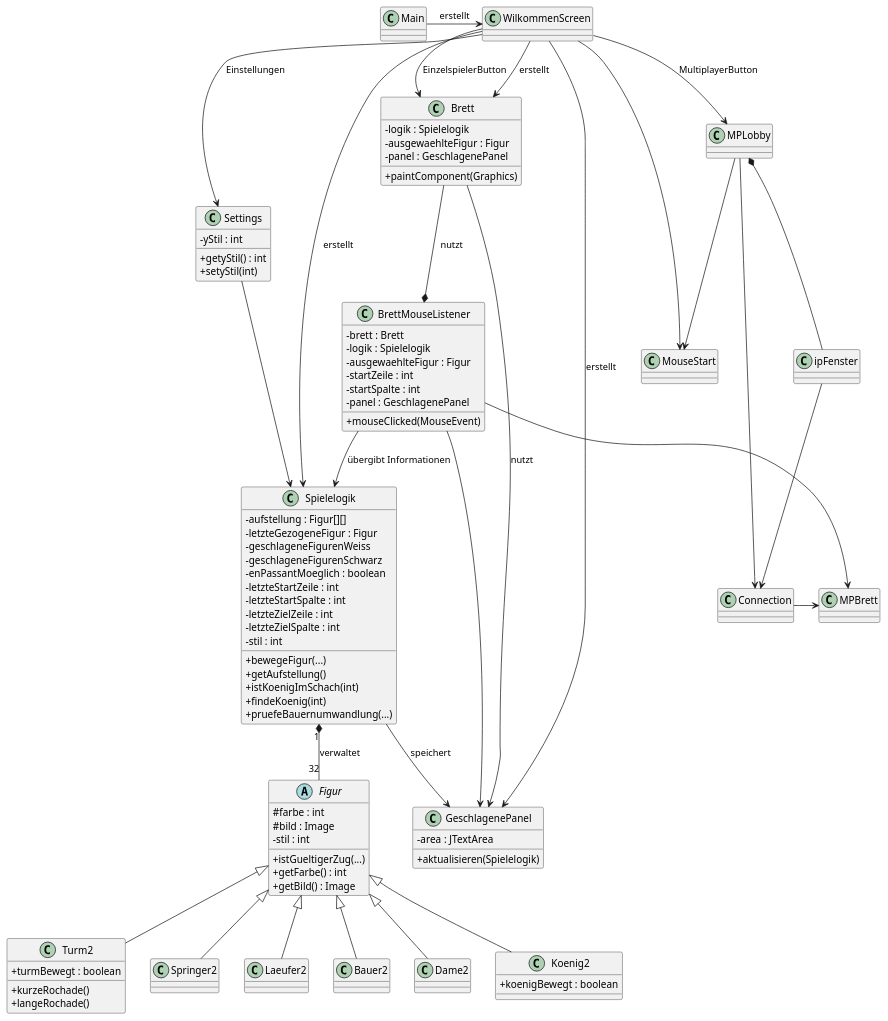
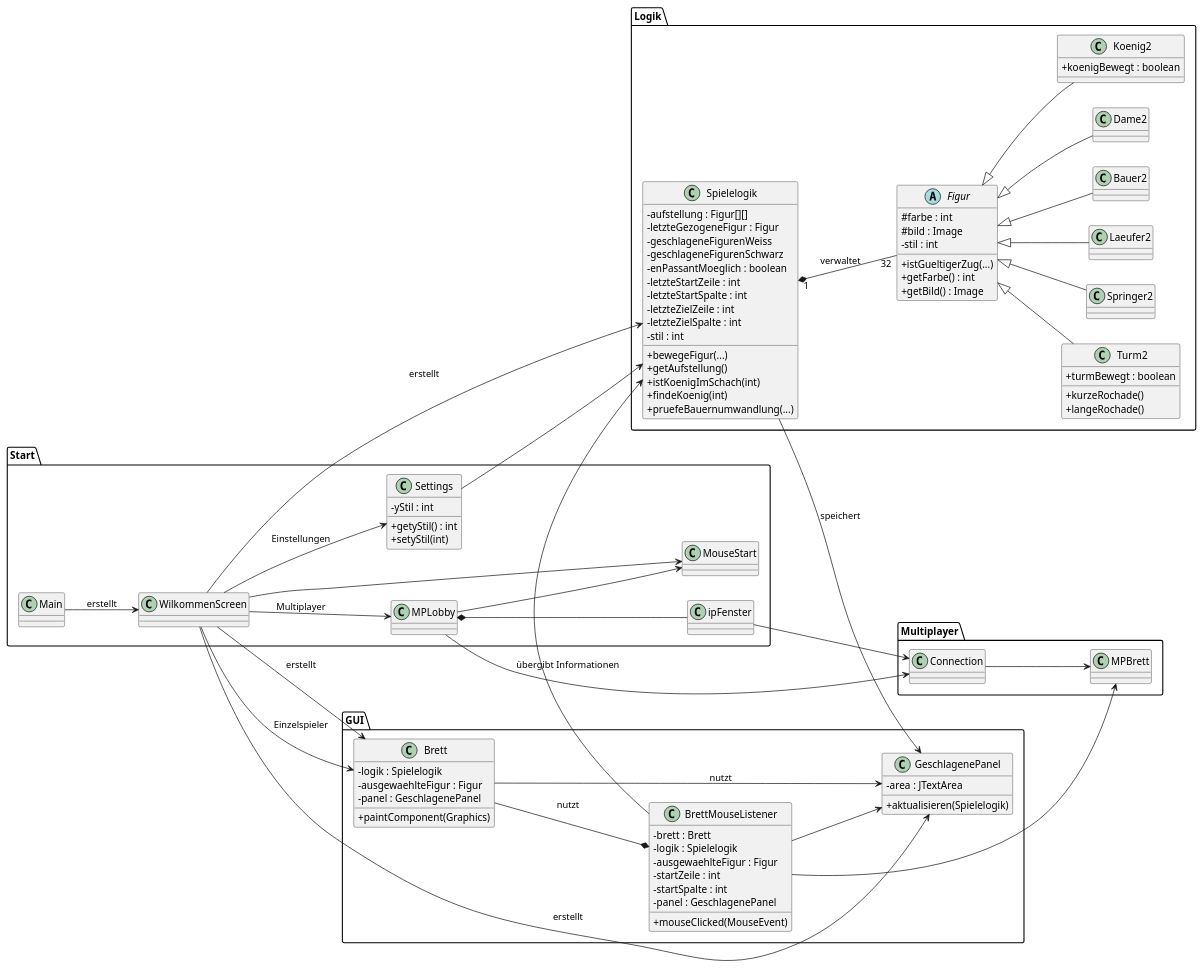
One commit to MisterB009/SuperSchach.iml changed the diagram in src/Dokumente/Schach.puml. Above: the diagram before and after it, drawn with PlantUML. The commit also changed 9 other files, not shown here.

```diff
--- a/src/Dokumente/Schach.puml
+++ b/src/Dokumente/Schach.puml
@@ -1,152 +1,152 @@
 @startuml
 skinparam classAttributeIconSize 0
+left to right direction
 
-' =========================
-' Model
-' =========================
+package "Logik" {
 
-abstract class Figur {
-    # farbe : int
-    # bild : Image
-    - stil : int
-    + istGueltigerZug(...)
-    + getFarbe() : int
-    + getBild() : Image
+    abstract class Figur {
+        # farbe : int
+        # bild : Image
+        - stil : int
+        + istGueltigerZug(...)
+        + getFarbe() : int
+        + getBild() : Image
+    }
+
+    class Spielelogik {
+        - aufstellung : Figur[][]
+        - letzteGezogeneFigur : Figur
+        - geschlageneFigurenWeiss
+        - geschlageneFigurenSchwarz
+        - enPassantMoeglich : boolean
+        - letzteStartZeile : int
+        - letzteStartSpalte : int
+        - letzteZielZeile : int
+        - letzteZielSpalte : int
+        - stil : int
+
+        + bewegeFigur(...)
+        + getAufstellung()
+        + istKoenigImSchach(int)
+        + findeKoenig(int)
+        + pruefeBauernumwandlung(...)
+    }
+
+    class Turm2 {
+        + turmBewegt : boolean
+        + kurzeRochade()
+        + langeRochade()
+    }
+
+    class Springer2
+    class Laeufer2
+    class Bauer2
+    class Dame2
+
+    class Koenig2 {
+        + koenigBewegt : boolean
+    }
 }
 
-class Spielelogik {
-    - aufstellung : Figur[][]
-    - letzteGezogeneFigur : Figur
-    - geschlageneFigurenWeiss
-    - geschlageneFigurenSchwarz
-    - enPassantMoeglich : boolean
-    - letzteStartZeile : int
-    - letzteStartSpalte : int
-    - letzteZielZeile : int
-    - letzteZielSpalte : int
-    - stil : int
+package "GUI" {
 
-    + bewegeFigur(...)
-    + getAufstellung()
-    + istKoenigImSchach(int)
-    + findeKoenig(int)
-    + pruefeBauernumwandlung(...)
+    class Brett {
+        - logik : Spielelogik
+        - ausgewaehlteFigur : Figur
+        - panel : GeschlagenePanel
+
+        + paintComponent(Graphics)
+    }
+
+    class BrettMouseListener {
+        - brett : Brett
+        - logik : Spielelogik
+        - ausgewaehlteFigur : Figur
+        - startZeile : int
+        - startSpalte : int
+        - panel : GeschlagenePanel
+
+        + mouseClicked(MouseEvent)
+    }
+
+    class GeschlagenePanel {
+        - area : JTextArea
+        + aktualisieren(Spielelogik)
+    }
 }
 
-Spielelogik -->  GeschlagenePanel : speichert
+package "Start" {
 
-class Turm2 {
-    + turmBewegt : boolean
-    + kurzeRochade()
-    + langeRochade()
+    class Main
+
+    class WilkommenScreen
+
+    class MouseStart
+
+    class MPLobby
+
+    class ipFenster
+
+    class Settings {
+        - yStil : int
+        + getyStil() : int
+        + setyStil(int)
+    }
 }
 
-class Springer2
-class Laeufer2
-class Bauer2
-class Dame2
+package "Multiplayer" {
 
-class Koenig2 {
-    + koenigBewegt : boolean
+    class MPBrett
+
+    class Connection
 }
+
+'=========================
+' Vererbung
+'=========================
 
 Figur <|-- Turm2
 Figur <|-- Springer2
 Figur <|-- Laeufer2
-Figur <|-- Koenig2
 Figur <|-- Bauer2
 Figur <|-- Dame2
+Figur <|-- Koenig2
+
+'=========================
+' Komposition / Aggregation
+'=========================
 
 Spielelogik "1" *-- "32" Figur : verwaltet
+Brett --* BrettMouseListener : nutzt
+MPLobby *-- ipFenster
 
-' =========================
-' GUI
-' =========================
+'=========================
+' Abhängigkeiten
+'=========================
 
-class Brett {
-    - logik : Spielelogik
-    - ausgewaehlteFigur : Figur
-    - panel : GeschlagenePanel
+Spielelogik --> GeschlagenePanel : speichert
 
-    + paintComponent(Graphics)
-}
-
-class BrettMouseListener {
-    - brett : Brett
-    - logik : Spielelogik
-    - ausgewaehlteFigur : Figur
-    - startZeile : int
-    - startSpalte : int
-    - panel : GeschlagenePanel
-
-    + mouseClicked(MouseEvent)
-}
-
-class GeschlagenePanel {
-    - area : JTextArea
-    + aktualisieren(Spielelogik)
-}
-
-
-
-Brett --*  BrettMouseListener : nutzt
 Brett --> GeschlagenePanel : nutzt
 BrettMouseListener --> Spielelogik : übergibt Informationen
 BrettMouseListener --> GeschlagenePanel
+BrettMouseListener --> MPBrett
 
+Main --> WilkommenScreen : erstellt
 
-
-' =========================
-' Start
-' =========================
-
-class Main
-Main ->  WilkommenScreen : erstellt
-
-class WilkommenScreen
-
-class MouseStart
-
-class MPLobby
-
-class ipFenster
-
-class Settings {
-    - yStil : int
-    + getyStil() : int
-    + setyStil(int)
-}
-
-
-
-WilkommenScreen --> Brett : EinzelspielerButton
-WilkommenScreen --> MPLobby : MultiplayerButton
-WilkommenScreen --> Settings : Einstellungen
+WilkommenScreen --> Brett : erstellt
 WilkommenScreen --> Spielelogik : erstellt
 WilkommenScreen --> GeschlagenePanel : erstellt
-WilkommenScreen --> Brett : erstellt
+WilkommenScreen --> Brett : Einzelspieler
+WilkommenScreen --> MPLobby : Multiplayer
+WilkommenScreen --> Settings : Einstellungen
+WilkommenScreen --> MouseStart
 
+MPLobby --> MouseStart
+MPLobby --> Connection
 
-
-
-WilkommenScreen --> MouseStart
-MPLobby -->  MouseStart
-
-MPLobby *-- ipFenster
-
-Connection -> MPBrett
+ipFenster --> Connection
+Connection --> MPBrett
 
 Settings --> Spielelogik
 
-' =========================
-' Multiplayer
-' =========================
-
-class MPBrett
-class Connection
-
-BrettMouseListener --> MPBrett
-MPLobby --> Connection
-ipFenster --> Connection
-
 @enduml
```
